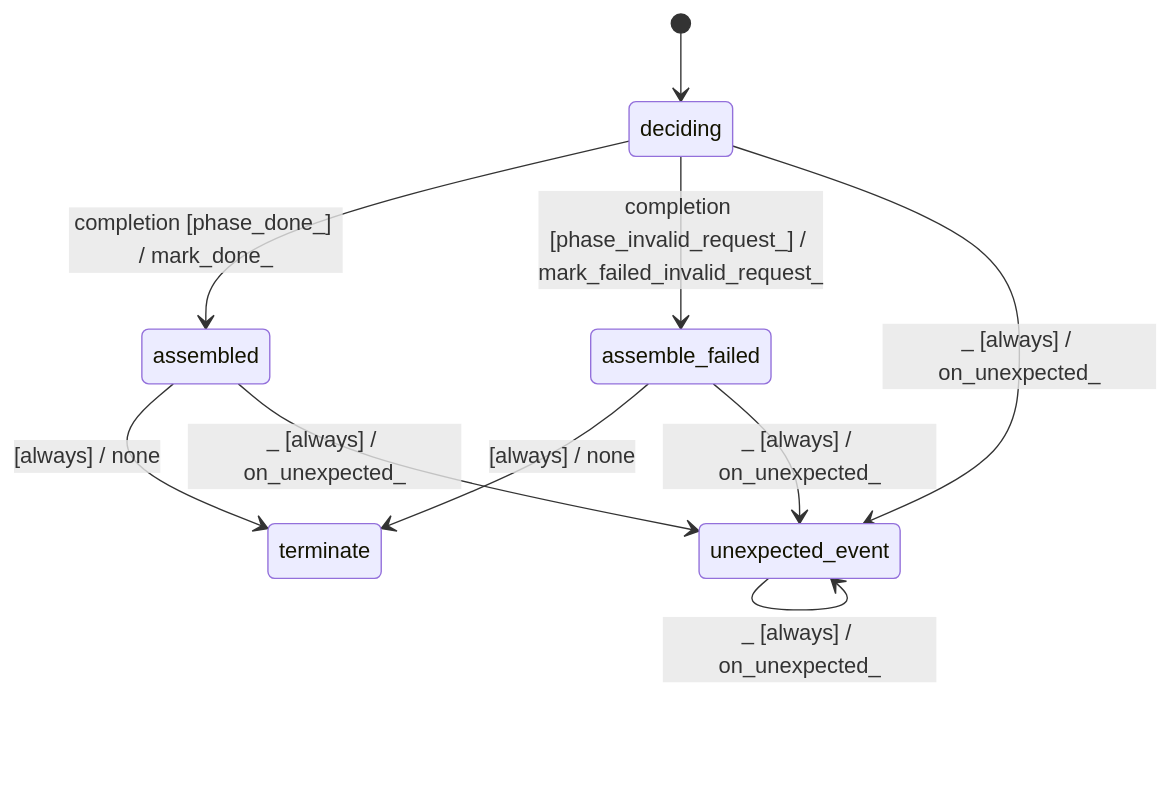
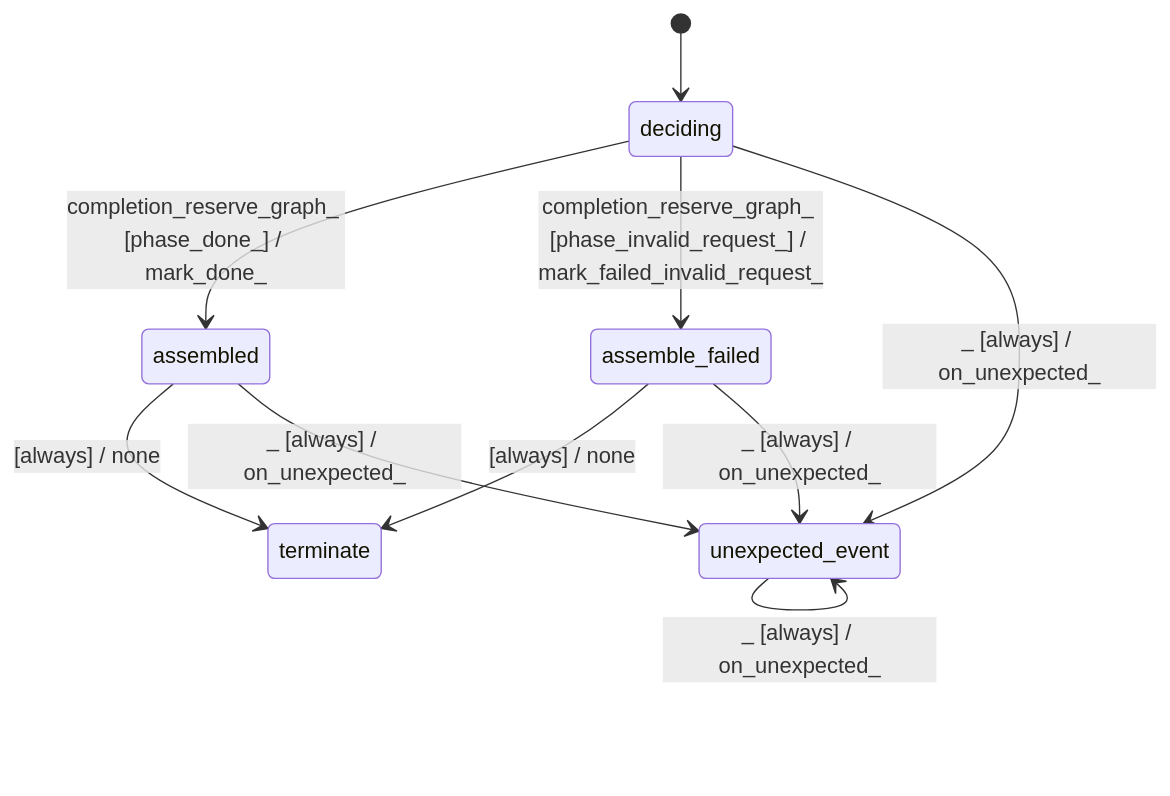
One commit to stateforward/emel.cpp changed the diagram in docs/architecture/graph_assembler_reserve_validate_pass.md. Above: the diagram before and after it, drawn with Mermaid. The commit also changed other lines of this file and 56 other files, not shown here.

Commit message:
docsgen: render typed completion events in generated diagrams

````diff
--- a/docs/architecture/graph_assembler_reserve_validate_pass.md
+++ b/docs/architecture/graph_assembler_reserve_validate_pass.md
@@ -7,13 +7,13 @@
 ```mermaid
 stateDiagram-v2
   direction TB
   [*] --> deciding
-  deciding --> assembled : completion [phase_done_] / mark_done_
-  deciding --> assemble_failed : completion [phase_invalid_request_] / mark_failed_invalid_request_
+  deciding --> assembled : completion_reserve_graph_ [phase_done_] / mark_done_
+  deciding --> assemble_failed : completion_reserve_graph_ [phase_invalid_request_] / mark_failed_invalid_request_
   assembled --> terminate : [always] / none
   assemble_failed --> terminate : [always] / none
   deciding --> unexpected_event : _ [always] / on_unexpected_
   assembled --> unexpected_event : _ [always] / on_unexpected_
   assemble_failed --> unexpected_event : _ [always] / on_unexpected_
   unexpected_event --> unexpected_event : _ [always] / on_unexpected_
 ```
````
